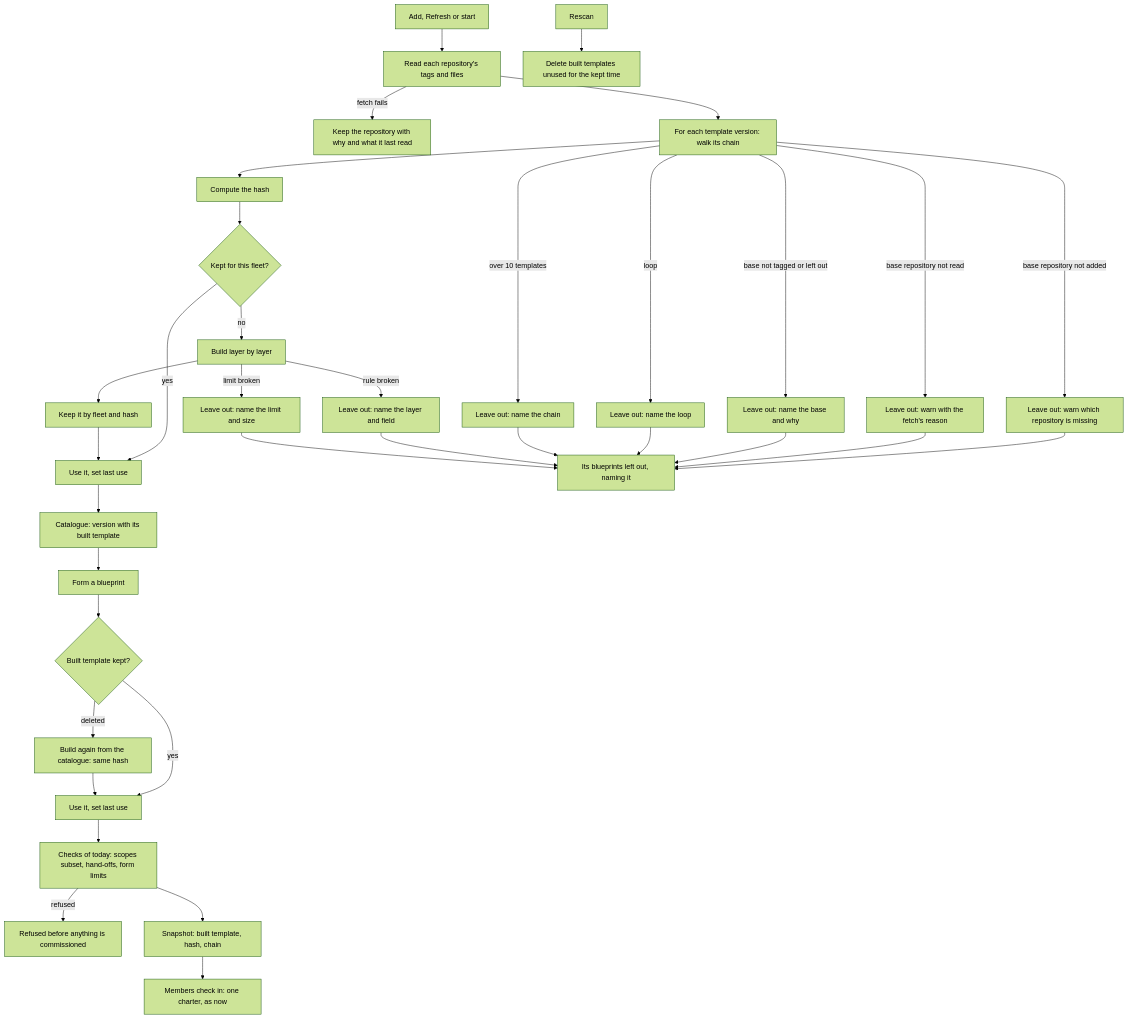
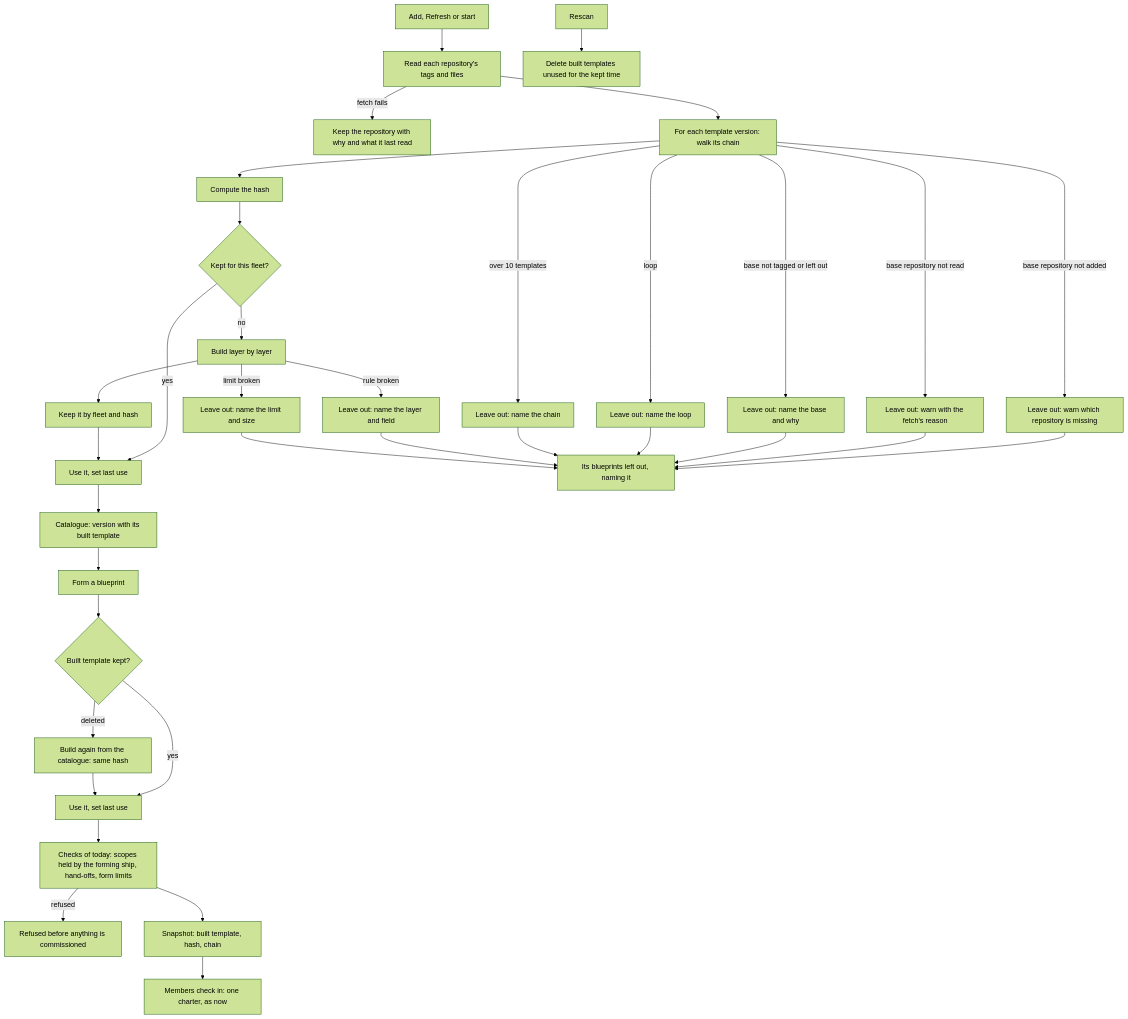
The diagram in docs/design/template-bases/template-bases.md (ThomasHendrickx/aeolus-fleet-squadrons), drawn with Mermaid (forest theme) before and after one commit. The commit also changed other lines of this file and 19 other files, not shown here.

First line of the commit message:
Squadrons lets a template name any scope the forming ship holds (0.32.4) (#26)

````diff
--- a/docs/design/template-bases/template-bases.md
+++ b/docs/design/template-bases/template-bases.md
@@ -164,31 +164,31 @@
 ```mermaid
 flowchart TD
   A[Add, Refresh or start] --> B[Read each repository's tags and files]
   B -->|fetch fails| B1[Keep the repository with why and what it last read]
   B --> C[For each template version: walk its chain]
   C -->|base repository not added| W1[Leave out: warn which repository is missing]
   C -->|base repository not read| W2[Leave out: warn with the fetch's reason]
   C -->|base not tagged or left out| W3[Leave out: name the base and why]
   C -->|loop| W4[Leave out: name the loop]
   C -->|over 10 templates| W5[Leave out: name the chain]
   C --> D[Compute the hash]
   D --> E{Kept for this fleet?}
   E -->|yes| F[Use it, set last use]
   E -->|no| G[Build layer by layer]
   G -->|rule broken| W6[Leave out: name the layer and field]
   G -->|limit broken| W7[Leave out: name the limit and size]
   G --> H[Keep it by fleet and hash]
   H --> F
   F --> I[Catalogue: version with its built template]
   W1 & W2 & W3 & W4 & W5 & W6 & W7 --> J[Its blueprints left out, naming it]
   I --> K[Form a blueprint]
   K --> L{Built template kept?}
   L -->|yes| M[Use it, set last use]
   L -->|deleted| N[Build again from the catalogue: same hash]
   N --> M
-  M --> O[Checks of today: scopes subset, hand-offs, form limits]
+  M --> O[Checks of today: scopes held by the forming ship, hand-offs, form limits]
   O -->|refused| P[Refused before anything is commissioned]
   O --> Q[Snapshot: built template, hash, chain]
   Q --> R[Members check in: one charter, as now]
   S[Rescan] --> T[Delete built templates unused for the kept time]
 ```
````
